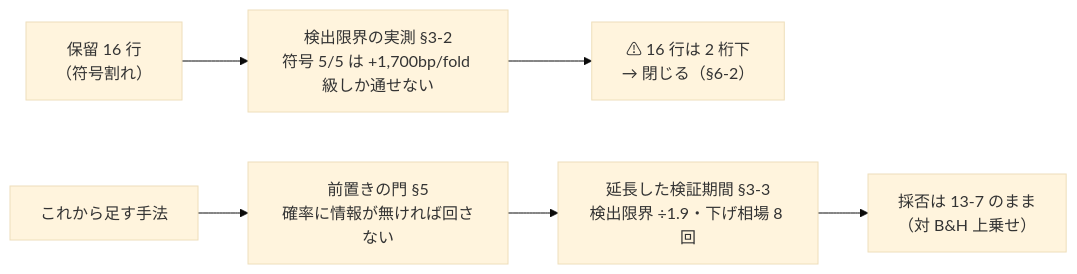
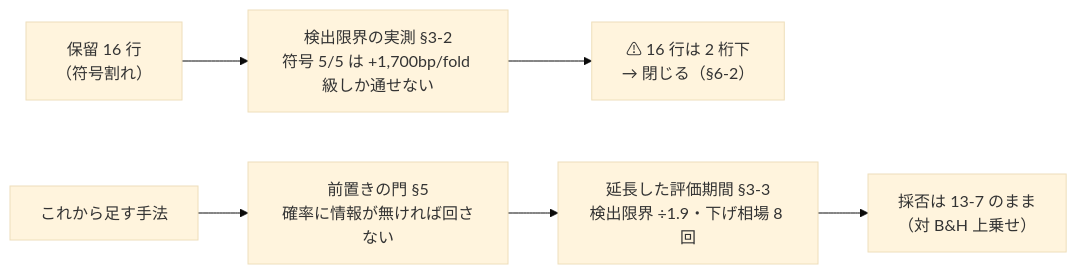
Before and after one commit to akiraak/ai-income-lab: the first of 4 diagrams in docs/specs/experiments/feature-discovery/validation-power.md, drawn with Mermaid (base theme). The commit also changed other lines of this file and 52 other files, not shown here.

````diff
--- a/docs/specs/experiments/feature-discovery/validation-power.md
+++ b/docs/specs/experiments/feature-discovery/validation-power.md
@@ -21,8 +21,8 @@
 ```mermaid
 flowchart LR
   H["保留 16 行<br/>（符号割れ）"] --> L["検出限界の実測 §3-2<br/>符号 5/5 は +1,700bp/fold 級しか通せない"]
   L --> C["⚠ 16 行は 2 桁下<br/>→ 閉じる（§6-2）"]
   F["これから足す手法"] --> G["前置きの門 §5<br/>確率に情報が無ければ回さない"]
-  G --> E["延長した検証期間 §3-3<br/>検出限界 ÷1.9・下げ相場 8 回"]
+  G --> E["延長した評価期間 §3-3<br/>検出限界 ÷1.9・下げ相場 8 回"]
   E --> J["採否は 13-7 のまま<br/>（対 B&H 上乗せ）"]
 ```
````
